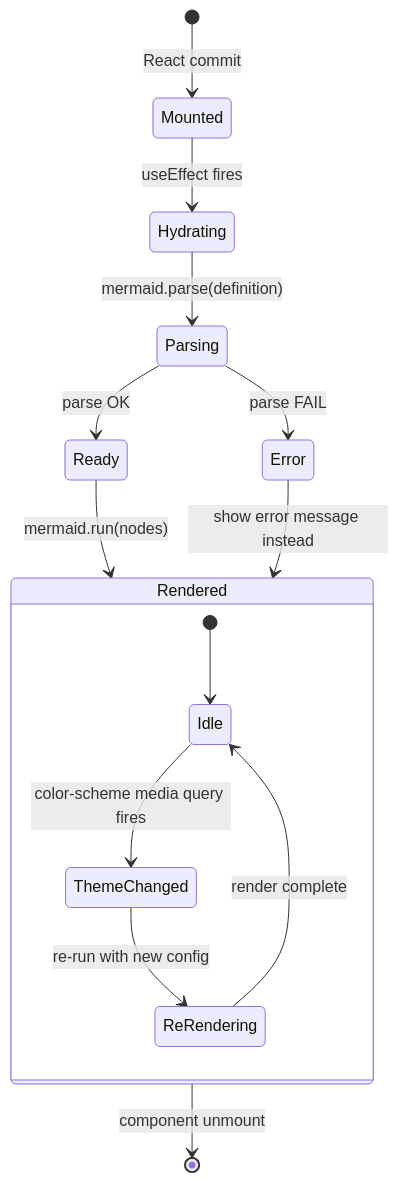
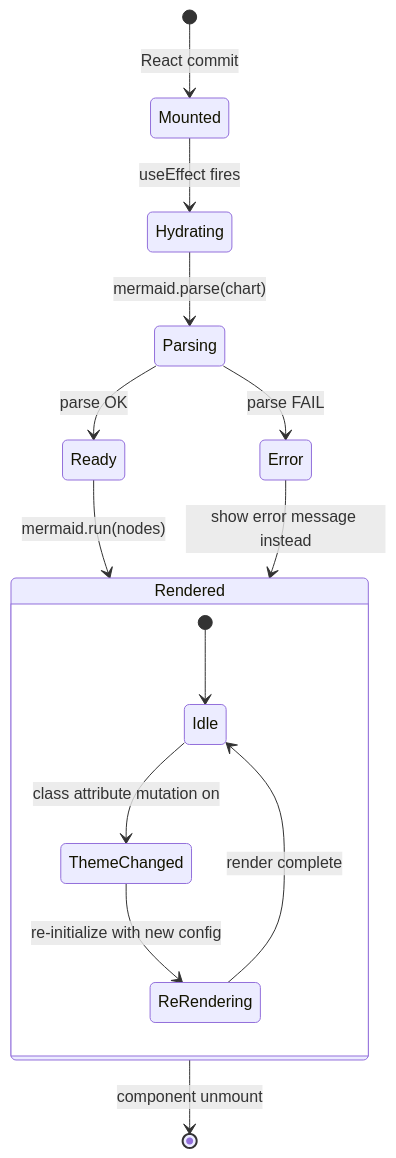
One commit to DocuBook/docubook changed the second of 3 diagrams in packages/mdx-content/mermaid/mermaid-mdx-integration-tech-design.md. Above: the diagram before and after it, drawn with Mermaid. The commit also changed other lines of this file and 2 other files, not shown here.

````diff
--- a/packages/mdx-content/mermaid/mermaid-mdx-integration-tech-design.md
+++ b/packages/mdx-content/mermaid/mermaid-mdx-integration-tech-design.md
@@ -109,19 +122,19 @@
 ```mermaid
 stateDiagram-v2
     [*] --> Mounted : React commit
     Mounted --> Hydrating : useEffect fires
-    Hydrating --> Parsing : mermaid.parse(definition)
+    Hydrating --> Parsing : mermaid.parse(chart)
     Parsing --> Ready : parse OK
     Parsing --> Error : parse FAIL
     Ready --> Rendered : mermaid.run(nodes)
     Error --> Rendered : show error message instead
 
     state Rendered {
         [*] --> Idle
-        Idle --> ThemeChanged : color-scheme media query fires
-        ThemeChanged --> ReRendering : re-run with new config
+        Idle --> ThemeChanged : class attribute mutation on <html>
+        ThemeChanged --> ReRendering : re-initialize with new config
         ReRendering --> Idle : render complete
     }
 
     Rendered --> [*] : component unmount
 ```
````
